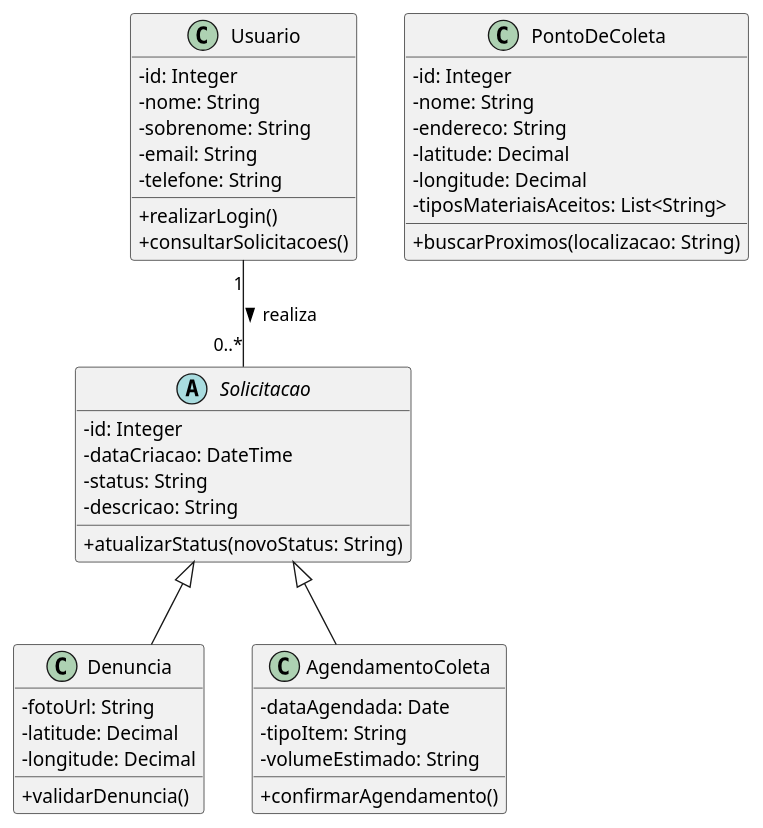
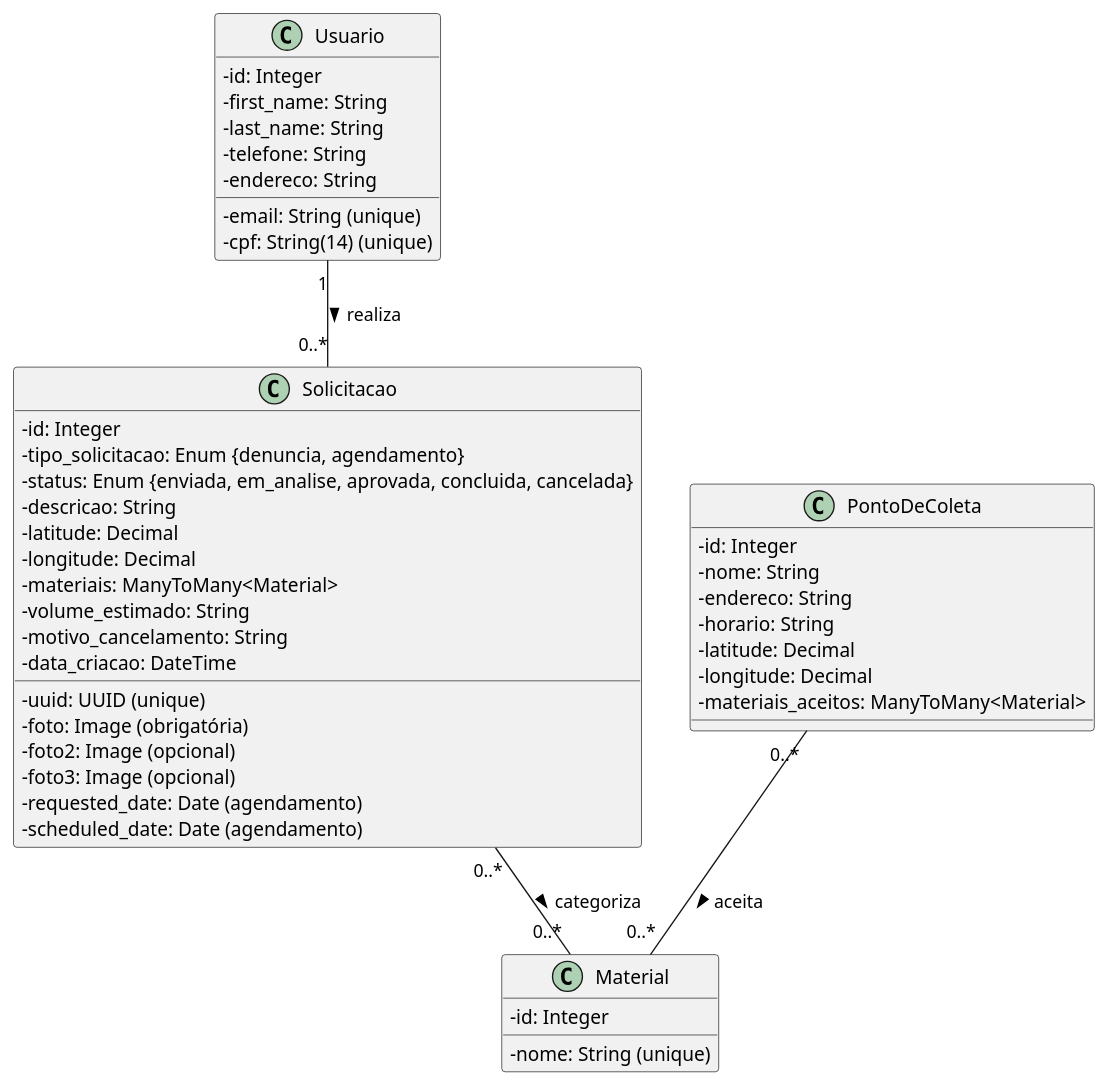
One commit to V-Castro-Alves/city-clean changed the first of 2 diagrams in about.md. Above: the diagram before and after it, drawn with PlantUML. The commit also changed other lines of this file and 2 other files, not shown here.

Commit message:
Refactor models, update docs, add CPF migration
Update documentation and UML to reflect model refactors and new requirements, add a migration to enforce CPF uniqueness, and clean up a stray literal in core models. about.md: add RN04 and RN06, rename system to "CityClean", add new use cases (Cancelar Solicitação, Autenticar via Magic Link), and revise class diagrams — rename Usuario fields, add cpf (unique), introduce Material model, update PontoDeColeta and Solicitacao attributes (uuid, enums, photos, materials, scheduling/cancellation fields) and relationships. accounts migration: add AlterField to make Usuario.cpf CharField(max_length=14, unique=True). core/models.py: remove stray string/typo.

````diff
--- a/about.md
+++ b/about.md
@@ -45,53 +47,55 @@
 ```plantuml
 @startuml
 skinparam classAttributeIconSize 0
 
 class Usuario {
   - id: Integer
-  - nome: String
-  - sobrenome: String
-  - email: String
+  - first_name: String
+  - last_name: String
+  - email: String (unique)
+  - cpf: String(14) (unique)
   - telefone: String
-  + realizarLogin()
-  + consultarSolicitacoes()
+  - endereco: String
+}
+
+class Material {
+  - id: Integer
+  - nome: String (unique)
 }
 
 class PontoDeColeta {
   - id: Integer
   - nome: String
   - endereco: String
+  - horario: String
   - latitude: Decimal
   - longitude: Decimal
-  - tiposMateriaisAceitos: List<String>
-  + buscarProximos(localizacao: String)
+  - materiais_aceitos: ManyToMany<Material>
 }
 
-abstract class Solicitacao {
+class Solicitacao {
   - id: Integer
-  - dataCriacao: DateTime
-  - status: String
+  - uuid: UUID (unique)
+  - tipo_solicitacao: Enum {denuncia, agendamento}
+  - status: Enum {enviada, em_analise, aprovada, concluida, cancelada}
   - descricao: String
-  + atualizarStatus(novoStatus: String)
-}
-
-class Denuncia {
-  - fotoUrl: String
+  - foto: Image (obrigatória)
+  - foto2: Image (opcional)
+  - foto3: Image (opcional)
   - latitude: Decimal
   - longitude: Decimal
-  + validarDenuncia()
-}
-
-class AgendamentoColeta {
-  - dataAgendada: Date
-  - tipoItem: String
-  - volumeEstimado: String
-  + confirmarAgendamento()
+  - materiais: ManyToMany<Material>
+  - volume_estimado: String
+  - requested_date: Date (agendamento)
+  - scheduled_date: Date (agendamento)
+  - motivo_cancelamento: String
+  - data_criacao: DateTime
 }
 
 ' Relacionamentos
 Usuario "1" -- "0..*" Solicitacao : realiza >
-Solicitacao <|-- Denuncia
-Solicitacao <|-- AgendamentoColeta
+Solicitacao "0..*" -- "0..*" Material : categoriza >
+PontoDeColeta "0..*" -- "0..*" Material : aceita >
 
 @enduml
 ```
````
